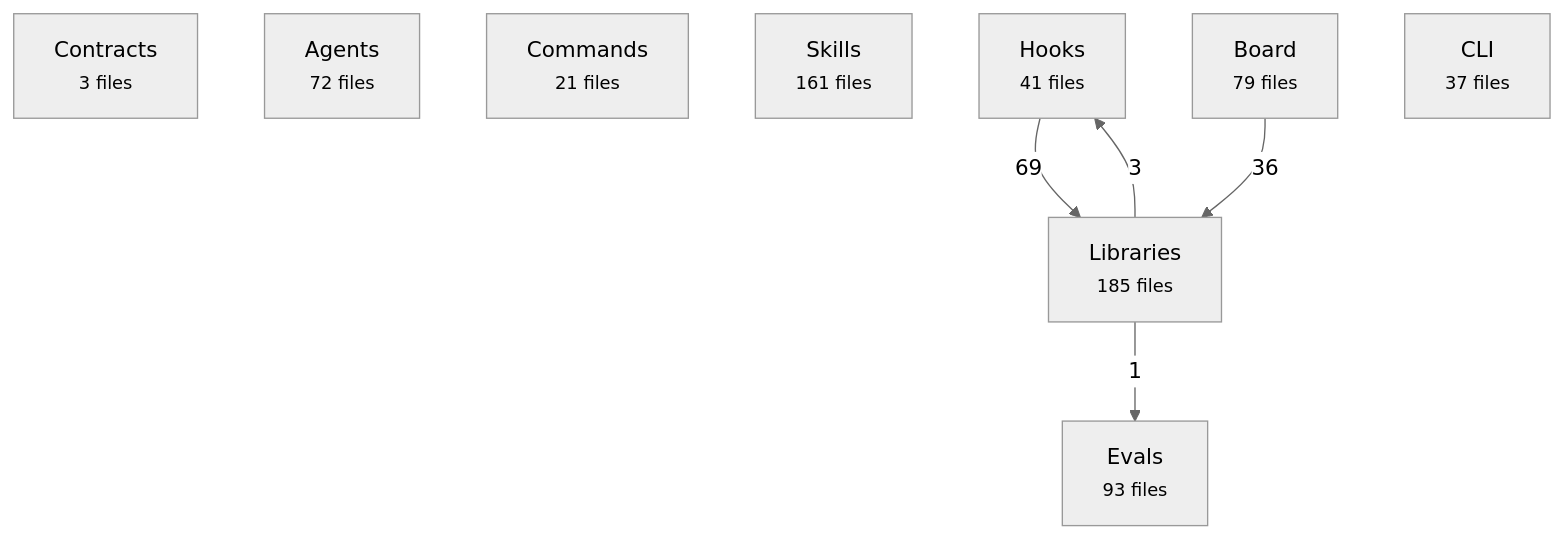
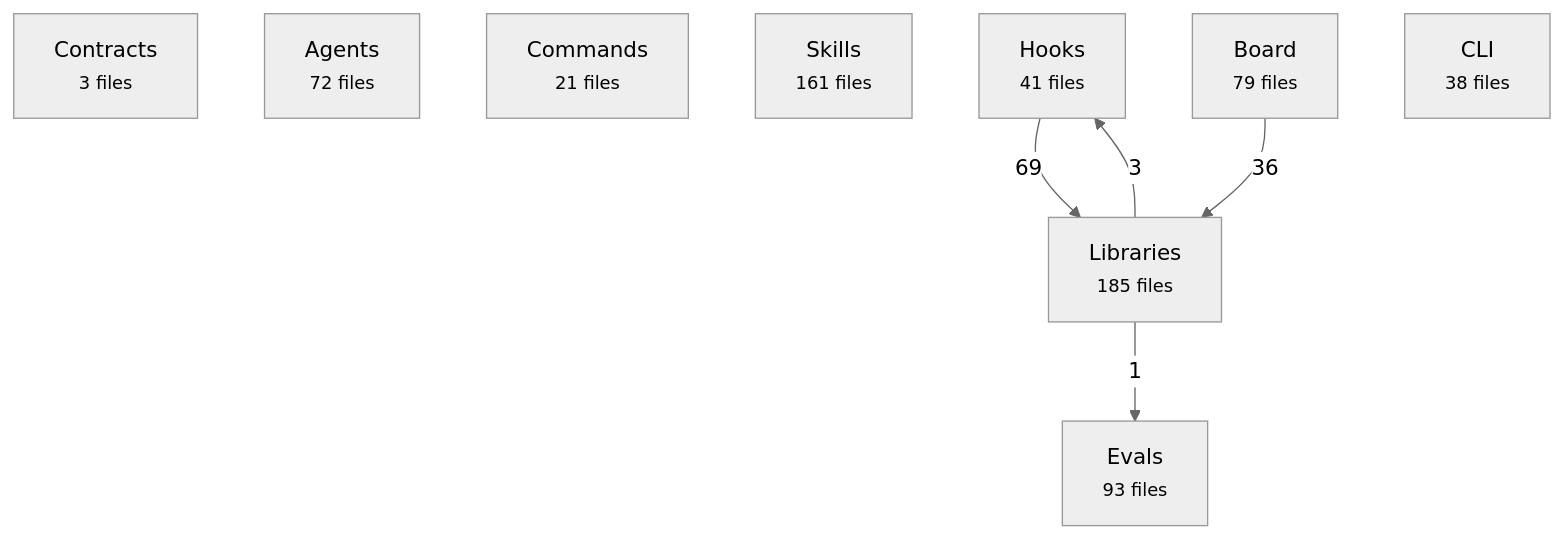
One commit to avelikiy/great_cto changed the first of 2 diagrams in docs/reference/architecture-map.md. Above: the diagram before and after it, drawn with Mermaid (neutral theme). The commit also changed other lines of this file and 11 other files, not shown here.

````diff
--- a/docs/reference/architecture-map.md
+++ b/docs/reference/architecture-map.md
@@ -20,16 +20,16 @@
 ```mermaid
 flowchart TD
   contracts["Contracts<br/><small>3 files</small>"]
   agents["Agents<br/><small>72 files</small>"]
   commands["Commands<br/><small>21 files</small>"]
   skills["Skills<br/><small>161 files</small>"]
   hooks["Hooks<br/><small>41 files</small>"]
   libs["Libraries<br/><small>185 files</small>"]
   board["Board<br/><small>79 files</small>"]
-  cli["CLI<br/><small>37 files</small>"]
+  cli["CLI<br/><small>38 files</small>"]
   evals["Evals<br/><small>93 files</small>"]
   hooks -->|69| libs
   board -->|36| libs
   libs -->|3| hooks
   libs -->|1| evals
 ```
````
